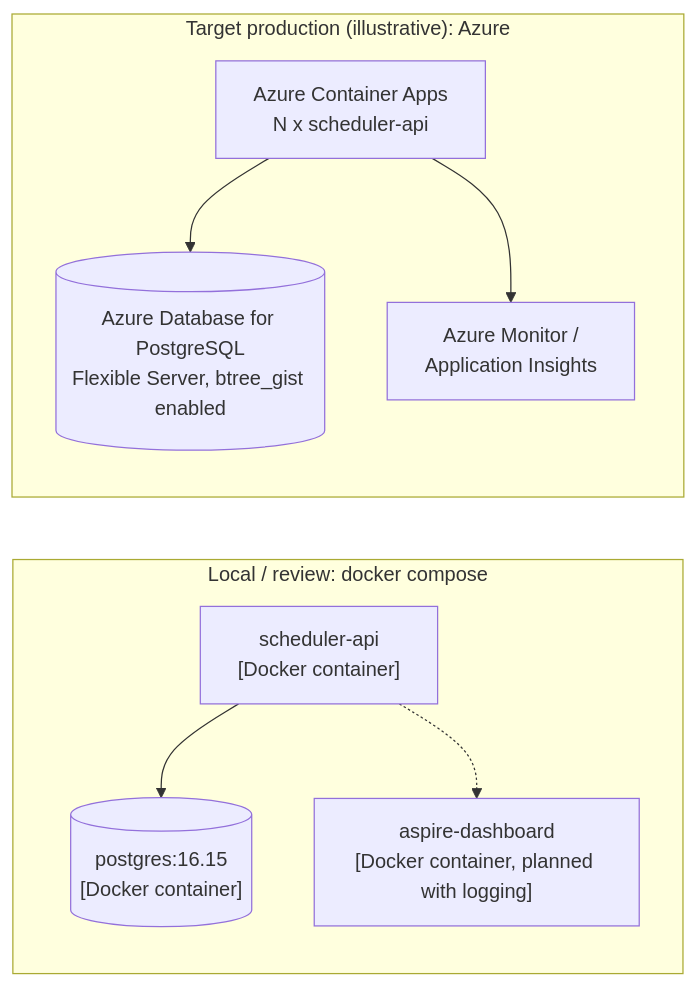
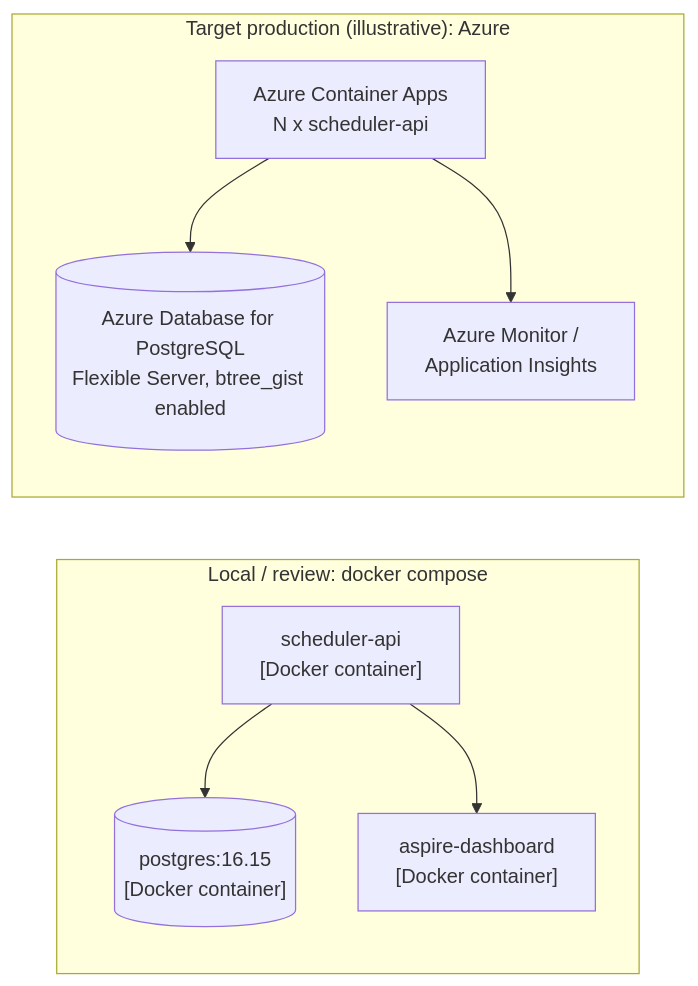
The fourth of 10 diagrams in docs/system-design.md (VietDangiT/unified-service-scheduler), drawn with Mermaid before and after one commit. The commit also changed other lines of this file and 23 other files, not shown here.

First line of the commit message:
feat: metrics and tracing with OpenTelemetry, Aspire dashboard in compose (step 10)

````diff
--- a/docs/system-design.md
+++ b/docs/system-design.md
@@ -228,17 +228,17 @@
 ```mermaid
 flowchart LR
     subgraph local["Local / review: docker compose"]
         apiC["scheduler-api<br/>[Docker container]"]
         pgC[("postgres:16.15<br/>[Docker container]")]
-        aspC["aspire-dashboard<br/>[Docker container, planned with logging]"]
+        aspC["aspire-dashboard<br/>[Docker container]"]
         apiC --> pgC
-        apiC -.-> aspC
+        apiC --> aspC
     end
     subgraph azure["Target production (illustrative): Azure"]
         aca["Azure Container Apps<br/>N x scheduler-api"]
         pgf[("Azure Database for PostgreSQL<br/>Flexible Server, btree_gist enabled")]
         mon["Azure Monitor /<br/>Application Insights"]
         aca --> pgf
         aca --> mon
     end
 ```
````
